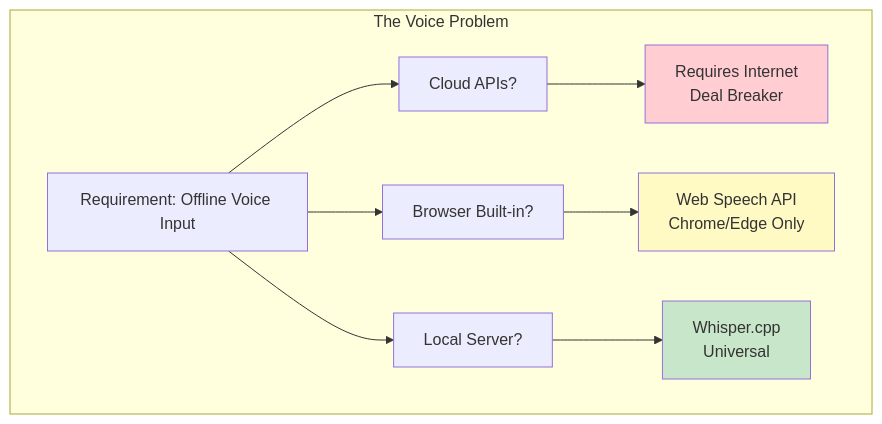
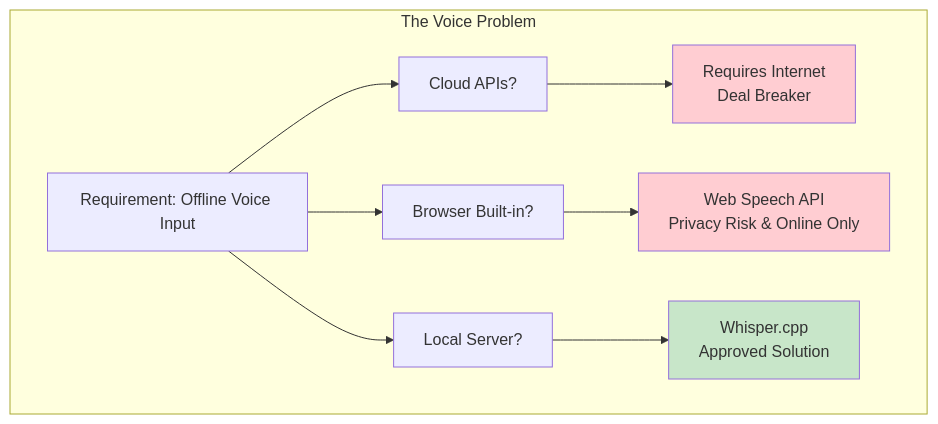
Before and after one commit to steeltroops-ai/smart-office: the seventh of 29 diagrams in docs/01-design-and-approach.md, drawn with Mermaid. The commit also changed other lines of this file and 8 other files, not shown here.

Commit message:
feat: Upgrade to Enterprise V1 Architecture (SQLite, Locking, Auth)

````diff
--- a/docs/01-design-and-approach.md
+++ b/docs/01-design-and-approach.md
@@ -249,18 +249,18 @@
 ```mermaid
 graph TB
     subgraph Problem["The Voice Problem"]
         Req[Requirement: Offline Voice Input]
-        
+
         Req --> Cloud[Cloud APIs?]
         Req --> Browser[Browser Built-in?]
         Req --> Local[Local Server?]
-        
+
         Cloud --> CloudNo[Requires Internet<br/>Deal Breaker]
-        Browser --> BrowserMaybe[Web Speech API<br/>Chrome/Edge Only]
-        Local --> LocalYes[Whisper.cpp<br/>Universal]
+        Browser --> BrowserNo[Web Speech API<br/>Privacy Risk & Online Only]
+        Local --> LocalYes[Whisper.cpp<br/>Approved Solution]
     end
-    
+
     style CloudNo fill:#ffcdd2
-    style BrowserMaybe fill:#fff9c4
+    style BrowserNo fill:#ffcdd2
     style LocalYes fill:#c8e6c9
 ```
````
